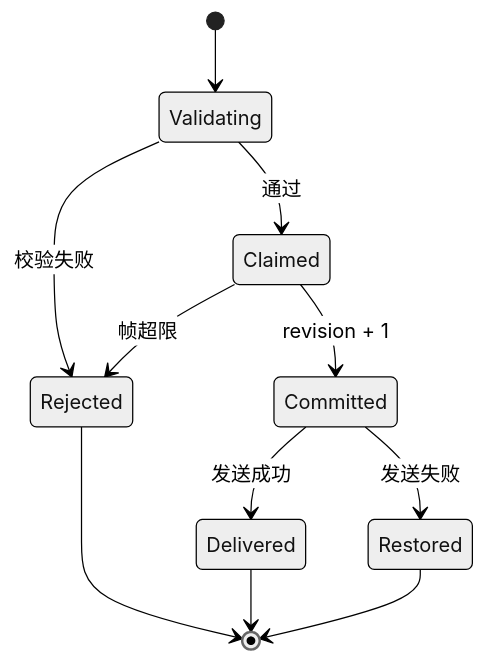
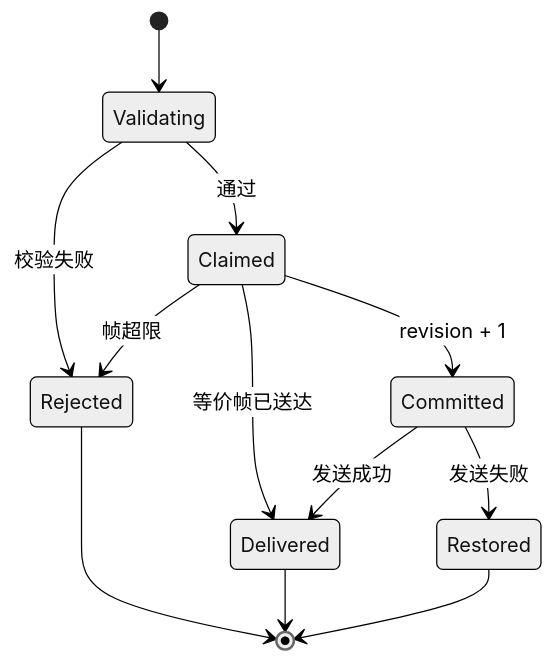
Before and after one commit to openJiuwen-ai/jiuwenswarm: the second of 2 diagrams in jiuwenswarm/extensions_v2/docs/features/F_06_render-service.md, drawn with Mermaid (neutral theme). The commit also changed other lines of this file and 3 other files, not shown here.

````diff
--- a/jiuwenswarm/extensions_v2/docs/features/F_06_render-service.md
+++ b/jiuwenswarm/extensions_v2/docs/features/F_06_render-service.md
@@ -152,13 +153,14 @@
 ```mermaid
 stateDiagram-v2
     [*] --> Validating
     Validating --> Rejected: 校验失败
     Validating --> Claimed: 通过
     Claimed --> Rejected: 帧超限
+    Claimed --> Delivered: 等价帧已送达
     Claimed --> Committed: revision + 1
     Committed --> Delivered: 发送成功
     Committed --> Restored: 发送失败
     Delivered --> [*]
     Restored --> [*]
     Rejected --> [*]
 ```
````
